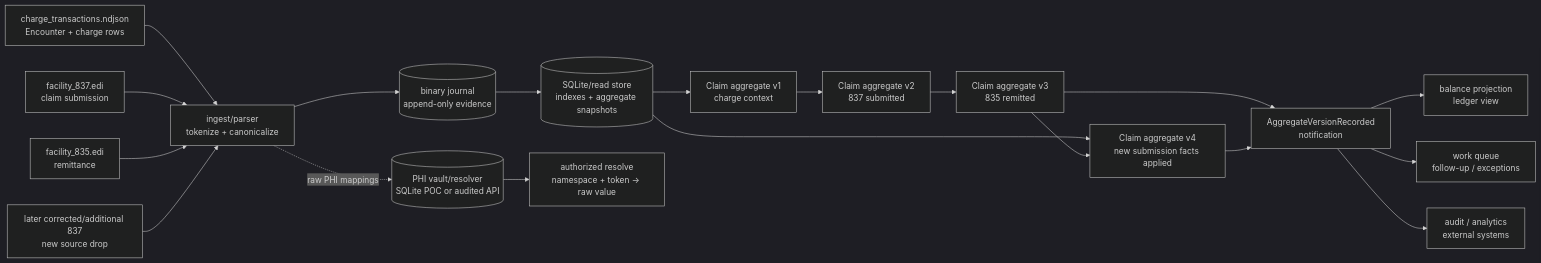
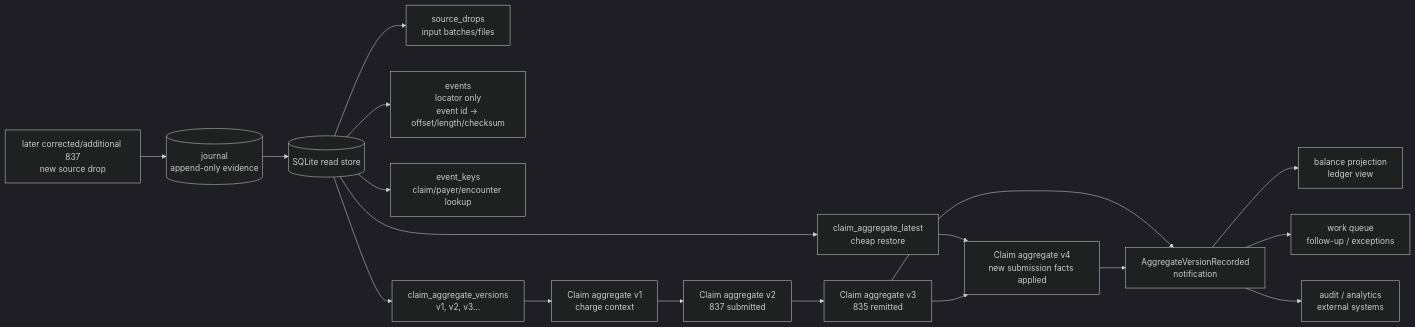
Before and after one commit to AlexJReid/scribe: the second of 2 diagrams in README.md, drawn with Mermaid (dark theme). The commit also changed other lines of this file and 6 other files, not shown here.

````diff
--- a/README.md
+++ b/README.md
@@ -54,43 +81,39 @@
 ```mermaid
 flowchart LR
-    charges["charge_transactions.ndjson<br/>Encounter + charge rows"]
-    f837["facility_837.edi<br/>claim submission"]
-    f835["facility_835.edi<br/>remittance"]
-    ingest["ingest/parser<br/>tokenize + canonicalize"]
-    journal[("binary journal<br/>append-only evidence")]
-    index[("SQLite/read store<br/>indexes + aggregate snapshots")]
-    vault[("PHI vault/resolver<br/>SQLite POC or audited API")]
-    resolve["authorized resolve<br/>namespace + token -> raw value"]
+    journal[("journal<br/>append-only evidence")]
+    readstore[("SQLite read store")]
+    drops["source_drops<br/>input batches/files"]
+    events["events<br/>locator only<br/>event id -> offset/length/checksum"]
+    keys["event_keys<br/>claim/payer/encounter lookup"]
+    versions["claim_aggregate_versions<br/>v1, v2, v3..."]
+    latest["claim_aggregate_latest<br/>cheap restore"]
     agg1["Claim aggregate v1<br/>charge context"]
     agg2["Claim aggregate v2<br/>837 submitted"]
     agg3["Claim aggregate v3<br/>835 remitted"]
     later837["later corrected/additional 837<br/>new source drop"]
     agg4["Claim aggregate v4<br/>new submission facts applied"]
     notify["AggregateVersionRecorded<br/>notification"]
     balance["balance projection<br/>ledger view"]
     workq["work queue<br/>follow-up / exceptions"]
     audit["audit / analytics<br/>external systems"]
 
-    charges --> ingest
-    f837 --> ingest
-    f835 --> ingest
-
-    ingest --> journal
-    ingest -. raw PHI mappings .-> vault
-    vault --> resolve
-
-    journal --> index
-    index --> agg1
+    journal --> readstore
+    readstore --> drops
+    readstore --> events
+    readstore --> keys
+    readstore --> versions
+    readstore --> latest
+    versions --> agg1
     agg1 --> agg2
     agg2 --> agg3
 
-    later837 --> ingest
-    index --> agg4
+    later837 --> journal
+    latest --> agg4
     agg3 --> agg4
 
     agg3 --> notify
     agg4 --> notify
     notify --> balance
     notify --> workq
     notify --> audit
 ```
````
